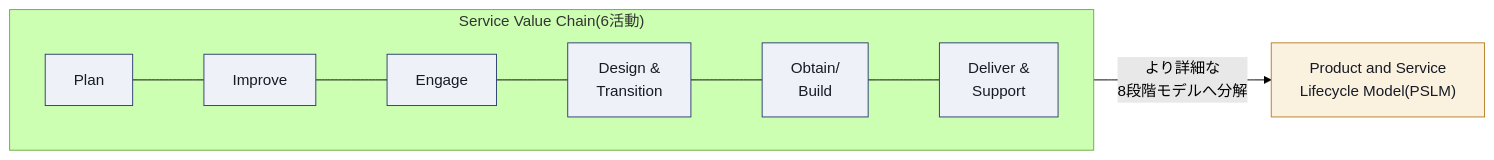
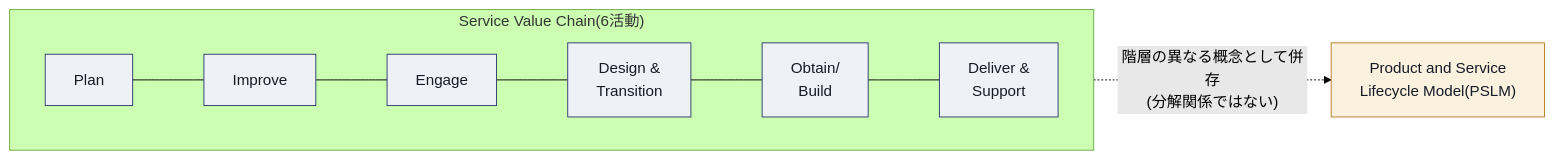
The fourth of 20 diagrams in Itil-service-v5-guide.md (myoshi2891/Management-Team-Building-Studies), drawn with Mermaid (forest theme) before and after one commit.

Commit message:
docs(itil): clarify relationship between SVC and PSLM in diagram

````diff
--- a/Itil-service-v5-guide.md
+++ b/Itil-service-v5-guide.md
@@ -253,13 +253,13 @@
 ```mermaid
 flowchart LR
     subgraph SVC["Service Value Chain(6活動)"]
         direction LR
         P1["Plan"] --- P2["Improve"] --- P3["Engage"] --- P4["Design &<br/>Transition"] --- P5["Obtain/<br/>Build"] --- P6["Deliver &<br/>Support"]
     end
-    SVC -->|"より詳細な<br/>8段階モデルへ分解"| PSLM["Product and Service<br/>Lifecycle Model(PSLM)"]
+    SVC -.->|"階層の異なる概念として併存<br/>(分解関係ではない)"| PSLM["Product and Service<br/>Lifecycle Model(PSLM)"]
 
     classDef box fill:#EEF1F8,stroke:#2E3F72,color:#161B26
     classDef hub fill:#FAF1DF,stroke:#B8802A,color:#161B26
     class P1,P2,P3,P4,P5,P6 box
     class PSLM hub
 ```
````
